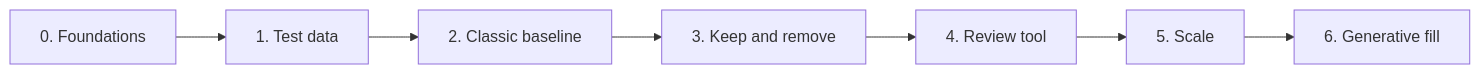
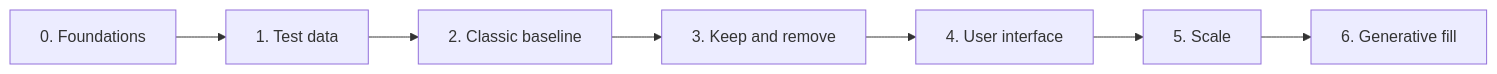
Before and after one commit to retotito/StreetPano: the diagram in docs/roadmap.md, drawn with Mermaid. The commit also changed other lines of this file and 9 other files, not shown here.

First line of the commit message:
docs: design the user interface and workflow (#6)

````diff
--- a/docs/roadmap.md
+++ b/docs/roadmap.md
@@ -6,9 +6,9 @@
 ```mermaid
 flowchart LR
     M0[0. Foundations] --> M1[1. Test data]
     M1 --> M2[2. Classic baseline]
     M2 --> M3[3. Keep and remove]
-    M3 --> M4[4. Review tool]
+    M3 --> M4[4. User interface]
     M4 --> M5[5. Scale]
     M5 --> M6[6. Generative fill]
 ```
````
